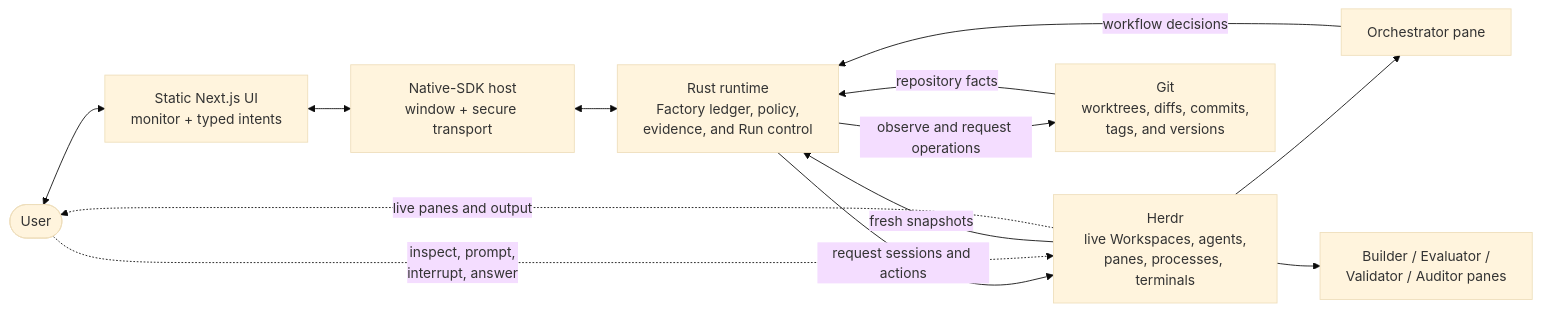
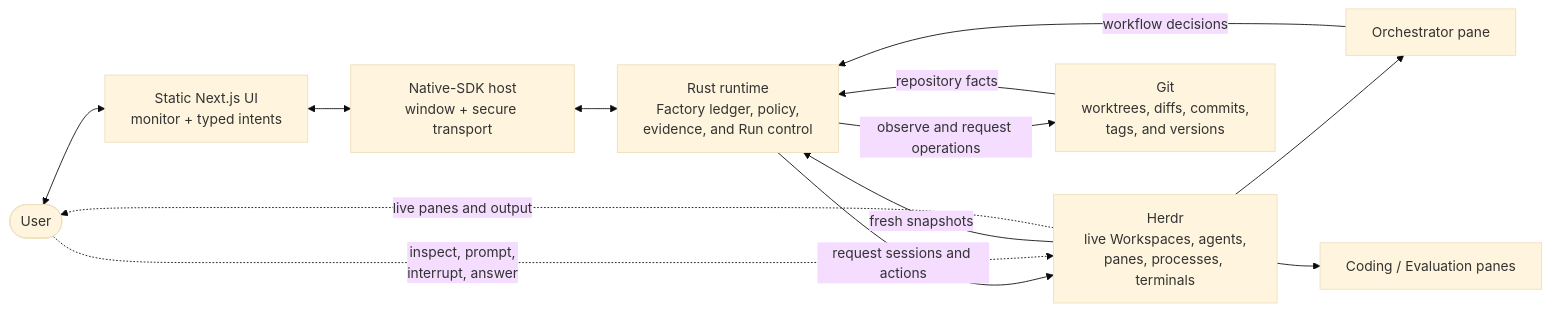
The second of 2 diagrams in README.md (ravikanchikare/herdr-agent-factory), drawn with Mermaid (base theme) before and after one commit. The commit also changed other lines of this file and 19 other files, not shown here.

````diff
--- a/README.md
+++ b/README.md
@@ -149,17 +144,17 @@
 ```mermaid
 flowchart LR
     user([User]) <--> ui["Static Next.js UI<br/>monitor + typed intents"]
     ui <--> host["Native-SDK host<br/>window + secure transport"]
     host <--> rust["Rust runtime<br/>Factory ledger, policy,<br/>evidence, and Run control"]
 
     rust -->|request sessions and actions| herdr["Herdr<br/>live Workspaces, agents,<br/>panes, processes, terminals"]
     herdr -->|fresh snapshots| rust
     rust -->|observe and request operations| git["Git<br/>worktrees, diffs, commits,<br/>tags, and versions"]
     git -->|repository facts| rust
 
     herdr --> orchestrator["Orchestrator pane"]
-    herdr --> workers["Builder / Evaluator /<br/>Validator / Auditor panes"]
+    herdr --> workers["Coding / Evaluation panes"]
     orchestrator -->|workflow decisions| rust
     user -.->|inspect, prompt,<br/>interrupt, answer| herdr
     herdr -.->|live panes and output| user
 ```
````
